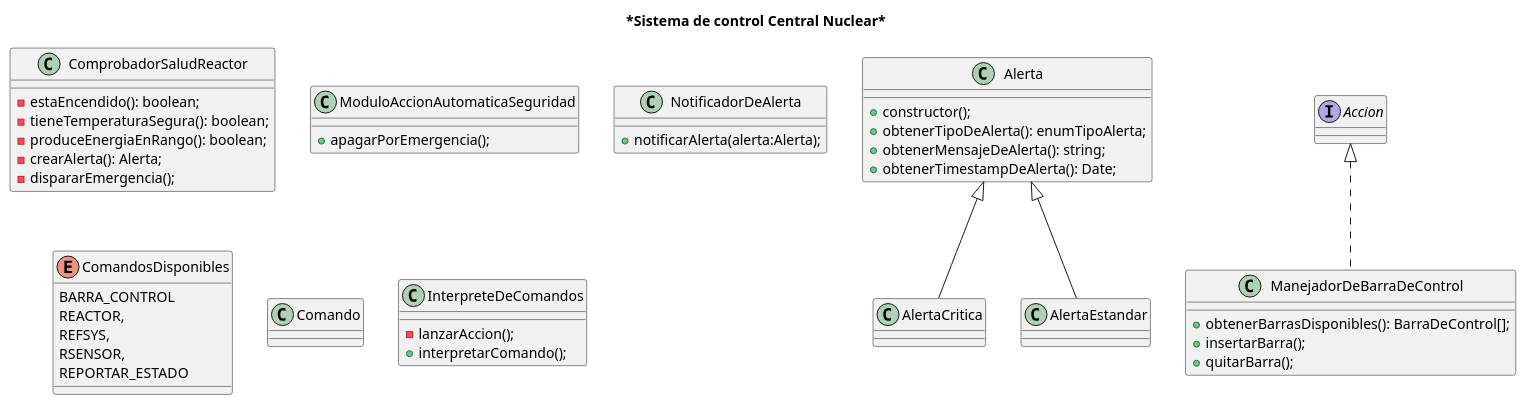
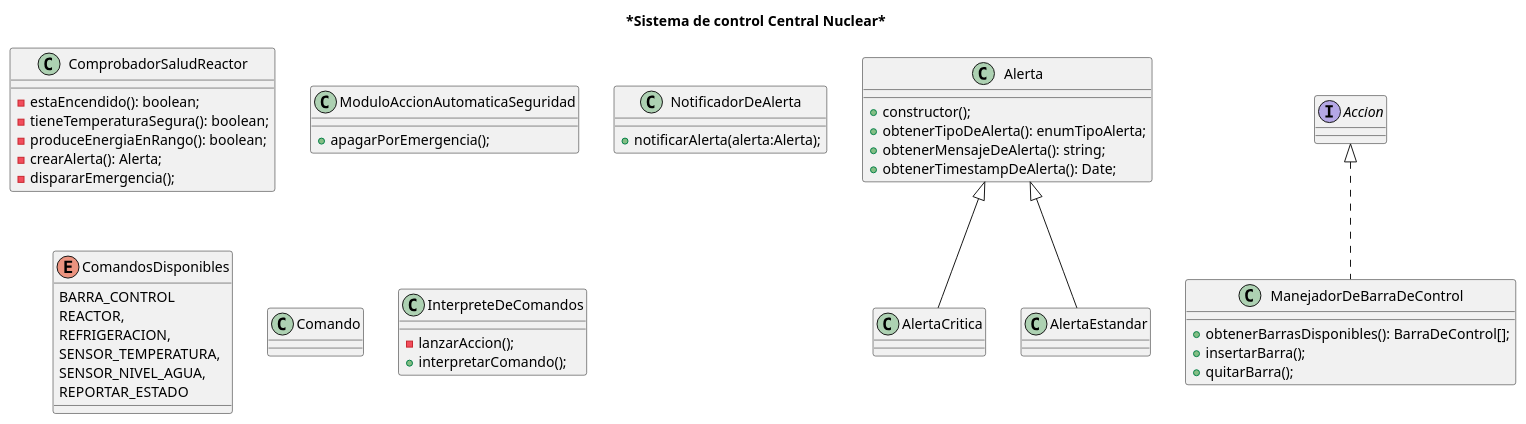
One commit to fmiguezo/reactor_nuclear changed the diagram in Diagrams/controlSystemDiagram.puml. Above: the diagram before and after it, drawn with PlantUML. The commit also changed 2 other files, not shown here.

```diff
--- a/Diagrams/controlSystemDiagram.puml
+++ b/Diagrams/controlSystemDiagram.puml
@@ -1,73 +1,74 @@
 @startuml 
 
 title ***Sistema de control Central Nuclear***
 
 
 ' Procesamiento de Datos
 class ComprobadorSaludReactor {
     - estaEncendido(): boolean;
     - tieneTemperaturaSegura(): boolean;
     - produceEnergiaEnRango(): boolean;
     - crearAlerta(): Alerta;
     - dispararEmergencia();
 }
 
 ' Acciones automáticas de seguridad
 class ModuloAccionAutomaticaSeguridad {
     + apagarPorEmergencia();
 }
 
 ' Interfaz humana
 
 '' Manejo de alertas
 
 class Alerta {
     + constructor();
     + obtenerTipoDeAlerta(): enumTipoAlerta;
     + obtenerMensajeDeAlerta(): string;
     + obtenerTimestampDeAlerta(): Date;
 }
 
 class AlertaCritica extends Alerta {
 
 }
 
 class AlertaEstandar extends Alerta {
 
 }
 
 class NotificadorDeAlerta {
     + notificarAlerta(alerta:Alerta);
 }
 
 '' Manejo de comandos
 enum ComandosDisponibles {
     BARRA_CONTROL
     REACTOR,
-    REFSYS,
-    RSENSOR,
+    REFRIGERACION,
+    SENSOR_TEMPERATURA,
+    SENSOR_NIVEL_AGUA,
     REPORTAR_ESTADO
 }
 
 class Comando {
 
 }
 
 class InterpreteDeComandos {
     - lanzarAccion();
     + interpretarComando();
 }
 
 ' Acciones
 interface Accion {
 
 }
 
 '' Barras de control
 class ManejadorDeBarraDeControl implements Accion {
     + obtenerBarrasDisponibles(): BarraDeControl[];
     + insertarBarra();
     + quitarBarra();
 }
 
 @enduml
```
